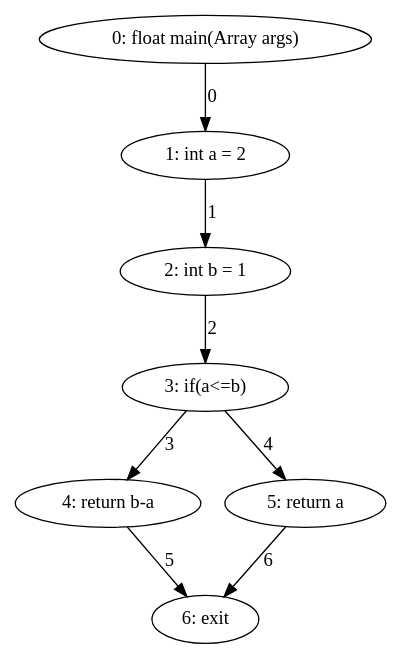
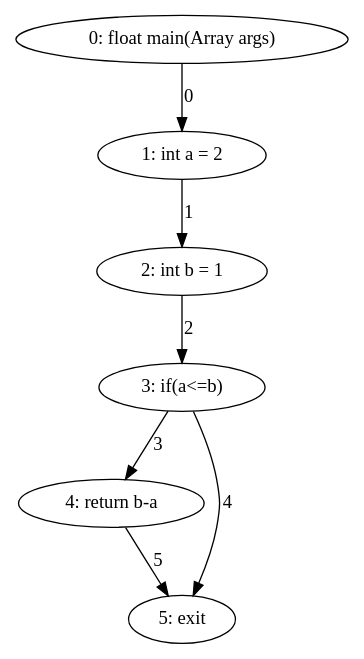
Before and after one commit to DominguesGM/comp_astanalyze: the diagram in export/if_example_cfg.dot, drawn with Graphviz. The commit also changed 15 other files, not shown here.

```diff
--- a/export/if_example_cfg.dot
+++ b/export/if_example_cfg.dot
@@ -1,16 +1,14 @@
 digraph G {
   1 [ label="0: float main(Array args)" ];
   2 [ label="1: int a = 2" ];
   3 [ label="2: int b = 1" ];
   4 [ label="3: if(a<=b)" ];
   5 [ label="4: return b-a" ];
-  6 [ label="5: return a" ];
-  7 [ label="6: exit" ];
+  6 [ label="5: exit" ];
   1 -> 2 [ label="0" ];
   2 -> 3 [ label="1" ];
   3 -> 4 [ label="2" ];
   4 -> 5 [ label="3" ];
   4 -> 6 [ label="4" ];
-  5 -> 7 [ label="5" ];
-  6 -> 7 [ label="6" ];
+  5 -> 6 [ label="5" ];
 }
```
